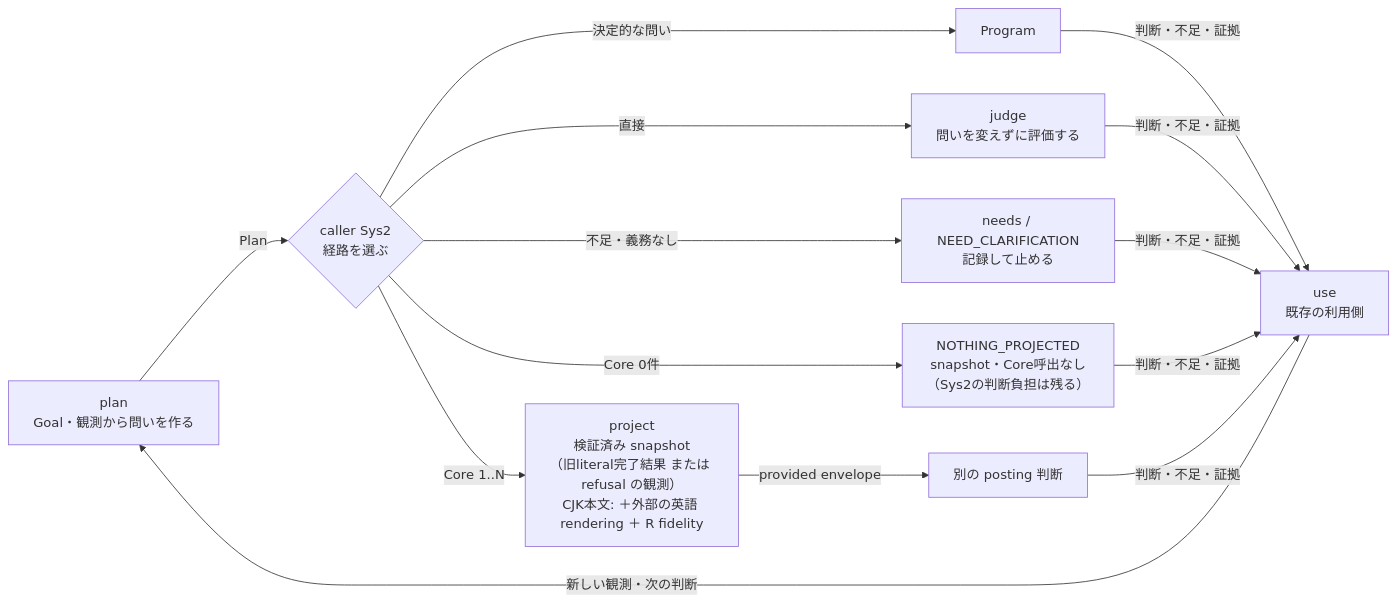
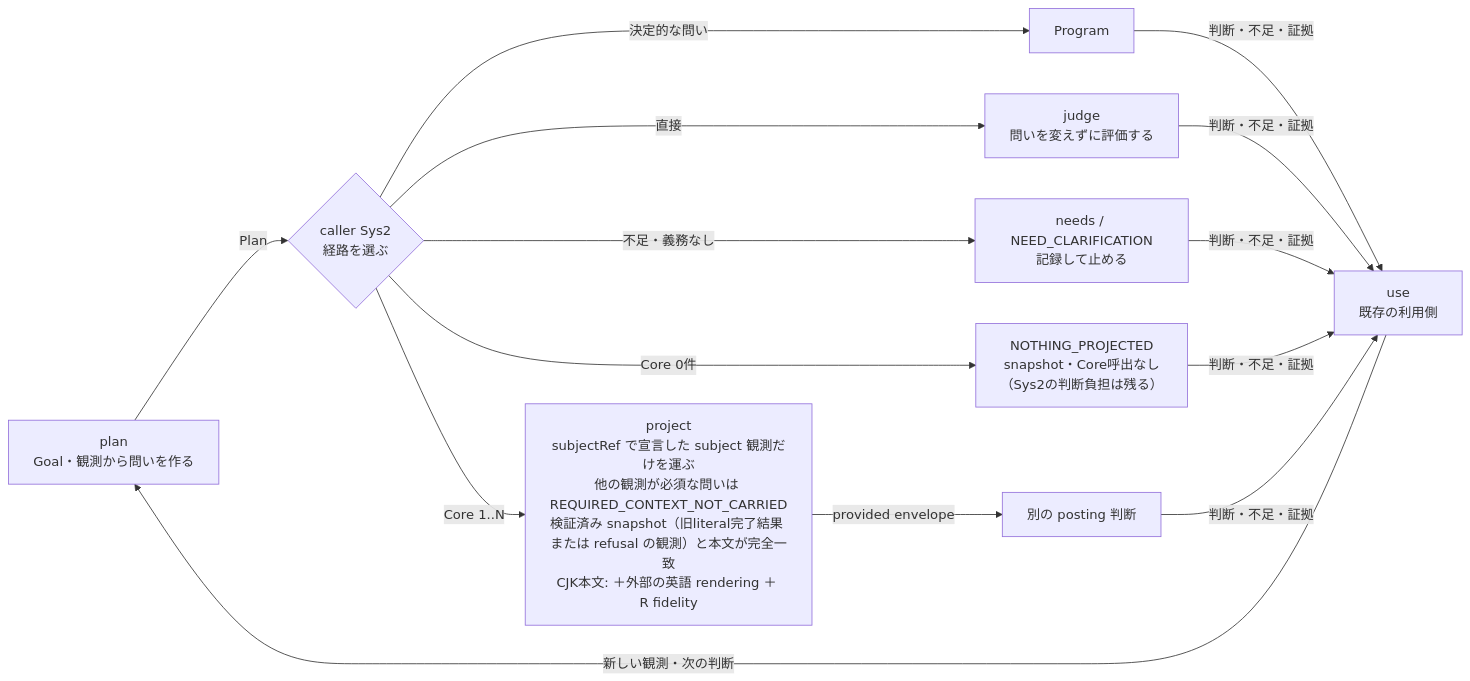
The diagram in experiments/goal-evaluation-unix/README.md (roccho-org/ops), drawn with Mermaid before and after one commit. The commit also changed other lines of this file and 2 other files, not shown here.

First line of the commit message:
fix(goal-eval): withhold questions whose required observations the wire does not carry

````diff
--- a/experiments/goal-evaluation-unix/README.md
+++ b/experiments/goal-evaluation-unix/README.md
@@ -5,12 +5,12 @@
 ```mermaid
 flowchart LR
     P["plan<br/>Goal・観測から問いを作る"] -->|"Plan"| S{"caller Sys2<br/>経路を選ぶ"}
     S -->|"決定的な問い"| G["Program"]
     S -->|"直接"| J["judge<br/>問いを変えずに評価する"]
     S -->|"不足・義務なし"| N["needs / NEED_CLARIFICATION<br/>記録して止める"]
     S -->|"Core 0件"| Z["NOTHING_PROJECTED<br/>snapshot・Core呼出なし<br/>（Sys2の判断負担は残る）"]
-    S -->|"Core 1..N"| X["project<br/>検証済み snapshot<br/>（旧literal完了結果 または refusal の観測）<br/>CJK本文: ＋外部の英語 rendering ＋ R fidelity"]
+    S -->|"Core 1..N"| X["project<br/>subjectRef で宣言した subject 観測だけを運ぶ<br/>他の観測が必須な問いは REQUIRED_CONTEXT_NOT_CARRIED<br/>検証済み snapshot（旧literal完了結果 または refusal の観測）と本文が完全一致<br/>CJK本文: ＋外部の英語 rendering ＋ R fidelity"]
     X -->|"provided envelope"| D["別の posting 判断"]
     G & J & N & Z & D -->|"判断・不足・証拠"| U["use<br/>既存の利用側"]
     U -->|"新しい観測・次の判断"| P
 ```
````
